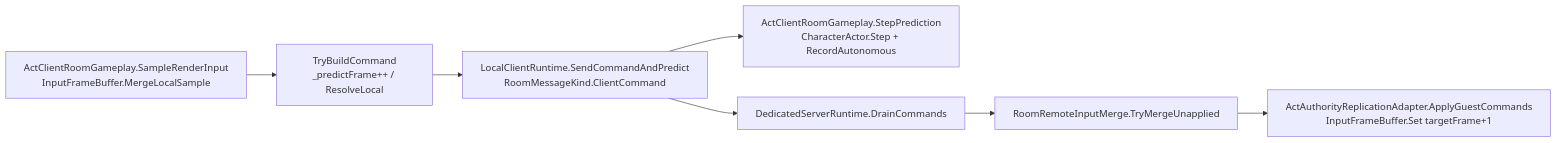
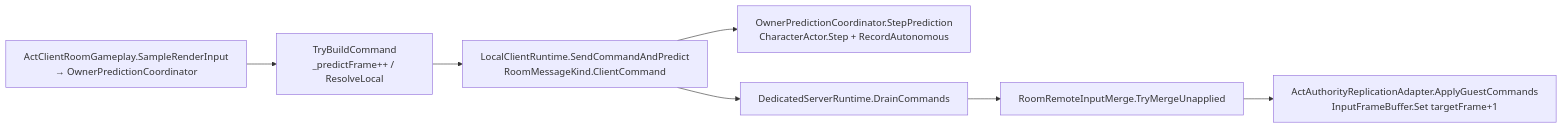
The third of 5 diagrams in docs/2026.8.23/NETSYNC_FROM_JOIN_TO_HIT.md (diosamacao/DiavoloGame), drawn with Mermaid before and after one commit. The commit also changed other lines of this file and 17 other files, not shown here.

Commit message:
ActClientRoomGameplay 收敛为组合门面，删除其中原有 Owner、Observer 和反馈算法路径。

````diff
--- a/docs/2026.8.23/NETSYNC_FROM_JOIN_TO_HIT.md
+++ b/docs/2026.8.23/NETSYNC_FROM_JOIN_TO_HIT.md
@@ -327,13 +327,13 @@
 ```mermaid
 flowchart LR
-    Sample["ActClientRoomGameplay.SampleRenderInput\nInputFrameBuffer.MergeLocalSample"]
+    Sample["ActClientRoomGameplay.SampleRenderInput\n→ OwnerPredictionCoordinator"]
     Build["TryBuildCommand\n_predictFrame++ / ResolveLocal"]
     Send["LocalClientRuntime.SendCommandAndPredict\nRoomMessageKind.ClientCommand"]
-    Pred["ActClientRoomGameplay.StepPrediction\nCharacterActor.Step + RecordAutonomous"]
+    Pred["OwnerPredictionCoordinator.StepPrediction\nCharacterActor.Step + RecordAutonomous"]
     Drain["DedicatedServerRuntime.DrainCommands"]
     Merge["RoomRemoteInputMerge.TryMergeUnapplied"]
     Apply["ActAuthorityReplicationAdapter.ApplyGuestCommands\nInputFrameBuffer.Set targetFrame+1"]
 
     Sample --> Build --> Send --> Pred
     Send --> Drain --> Merge --> Apply
 ```
````
